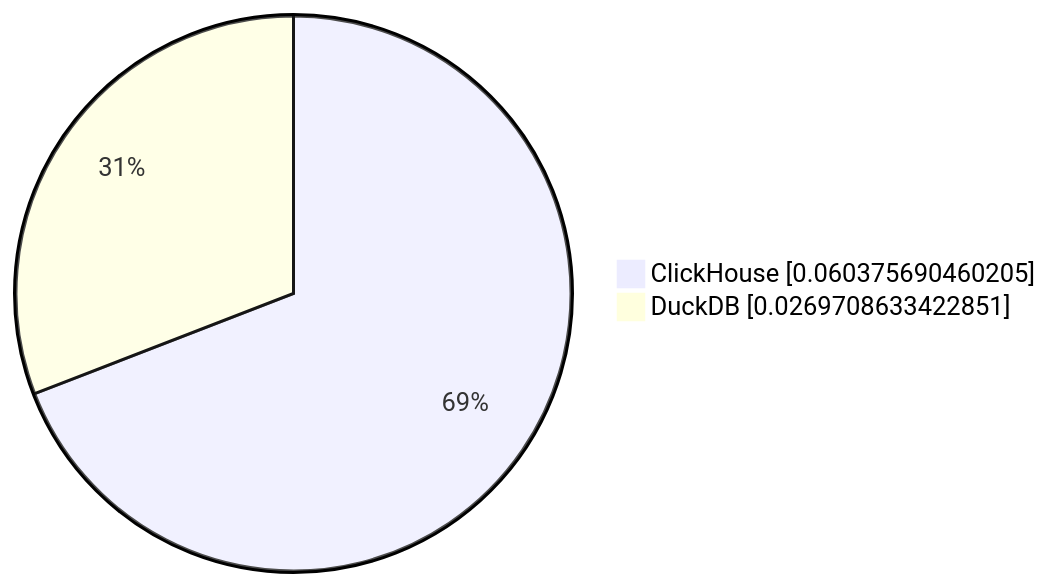
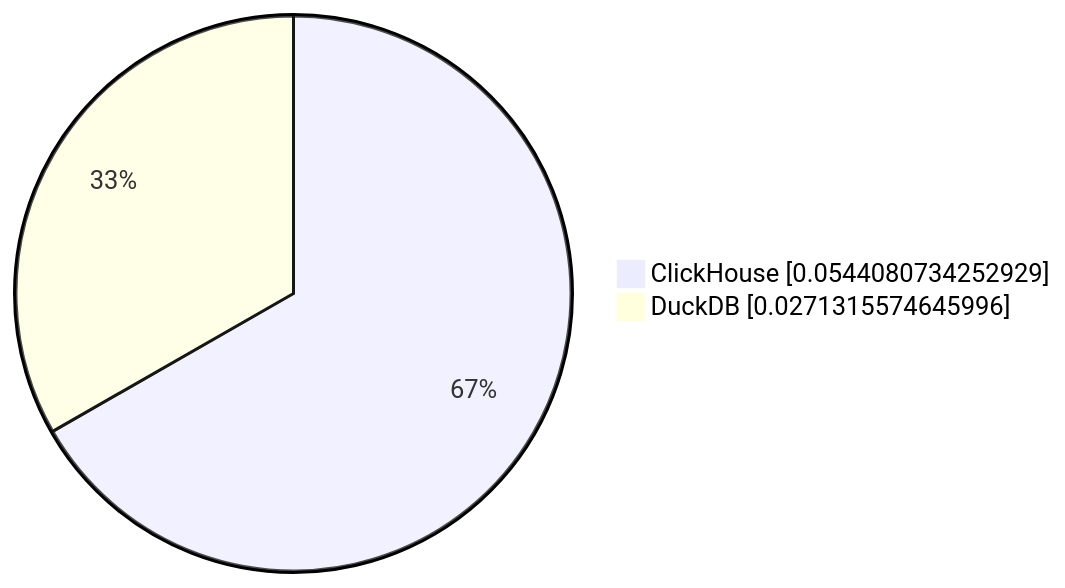
The first of 10 diagrams in parquet/performance/results/README.md (Altinity/clickhouse-regression), drawn with Mermaid before and after one commit. The commit also changed other lines of this file and 3 other files, not shown here.

````diff
--- a/parquet/performance/results/README.md
+++ b/parquet/performance/results/README.md
@@ -8,5 +8,5 @@
 ```mermaid
      pie showData
-         "ClickHouse" : 0.060375690460205
-         "DuckDB" : 0.0269708633422851
+         "ClickHouse" : 0.0544080734252929
+         "DuckDB" : 0.0271315574645996
 ```
````
